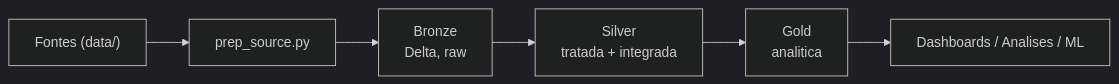
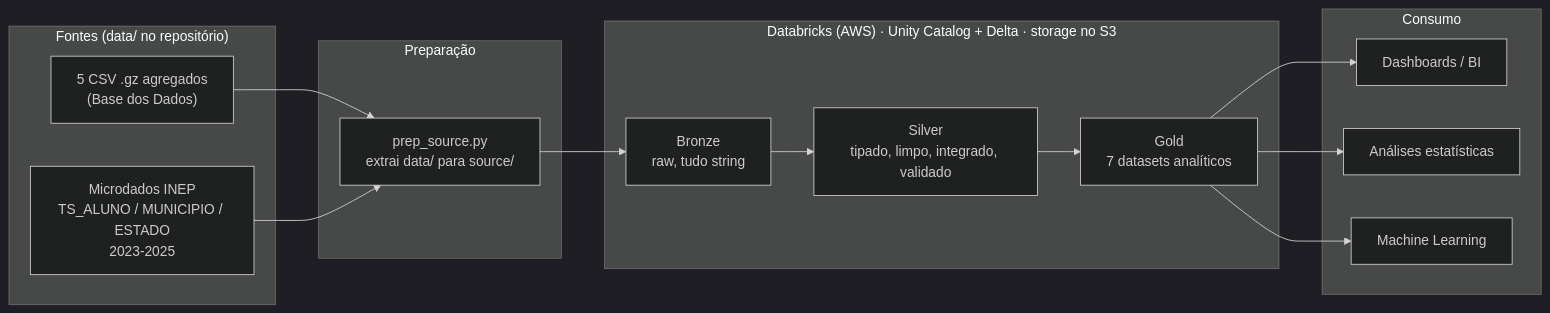
The first of 3 diagrams in README.md (leandrorcamargo/TechChallenge_2-), drawn with Mermaid (dark theme) before and after one commit. The commit also changed other lines of this file, not shown here.

````diff
--- a/README.md
+++ b/README.md
@@ -85,8 +56,28 @@
 ```mermaid
 flowchart LR
-    A["Fontes (data/)"] --> P["prep_source.py"]
-    P --> B["Bronze<br/>Delta, raw"]
-    B --> S["Silver<br/>tratada + integrada"]
-    S --> G["Gold<br/>analitica"]
-    G --> C["Dashboards / Analises / ML"]
+    subgraph SRC["Fontes (data/ no repositório)"]
+        A1["5 CSV .gz agregados<br/>(Base dos Dados)"]
+        A2["Microdados INEP<br/>TS_ALUNO / MUNICIPIO / ESTADO<br/>2023-2025"]
+    end
+
+    subgraph PREP["Preparação"]
+        P["prep_source.py<br/>extrai data/ para source/"]
+    end
+
+    subgraph DBX["Databricks (AWS) · Unity Catalog + Delta · storage no S3"]
+        B["Bronze<br/>raw, tudo string"]
+        S["Silver<br/>tipado, limpo, integrado, validado"]
+        G["Gold<br/>7 datasets analíticos"]
+    end
+
+    subgraph CONS["Consumo"]
+        D1["Dashboards / BI"]
+        D2["Análises estatísticas"]
+        D3["Machine Learning"]
+    end
+
+    A1 --> P
+    A2 --> P
+    P --> B --> S --> G
+    G --> D1 & D2 & D3
 ```
````
